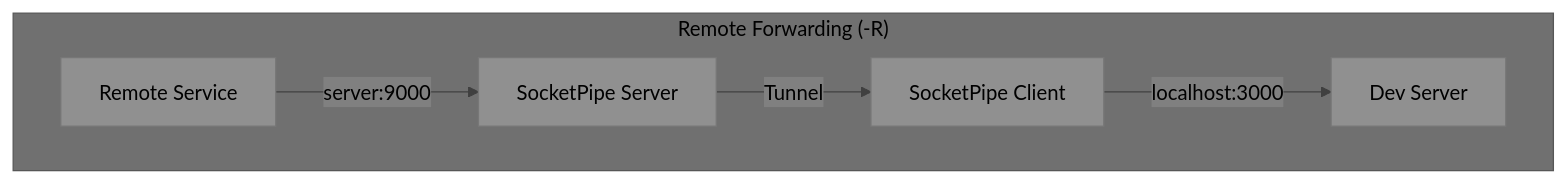
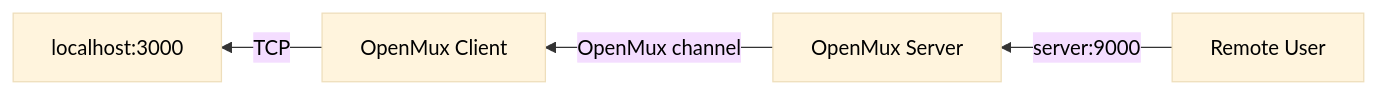
Before and after one commit to deftai/xumux: the third of 6 diagrams in docs/ext-port-forwarding.md, drawn with Mermaid. The commit also changed other lines of this file and 6 other files, not shown here.

````diff
--- a/docs/ext-port-forwarding.md
+++ b/docs/ext-port-forwarding.md
@@ -30,9 +47,7 @@
 ```mermaid
-%%{init: {'theme': 'base', 'themeVariables': {'primaryTextColor': '#000000', 'secondaryTextColor': '#000000', 'tertiaryTextColor': '#000000', 'primaryColor': '#909090', 'secondaryColor': '#808080', 'tertiaryColor': '#707070', 'lineColor': '#404040'}}}%%
-graph TB
-    subgraph "Remote Forwarding (-R)"
-        RS[Remote Service] -->|"server:9000"| RP[SocketPipe Server]
-        RP -->|"Tunnel"| RC[SocketPipe Client]
-        RC -->|"localhost:3000"| RD[Dev Server]
-    end
+%%{init: {'theme': 'base', 'themeVariables': {'primaryTextColor': '#000', 'lineColor': '#333'}}}%%
+graph RL
+    RU["Remote User"] -->|"server:9000"| OS["OpenMux Server"]
+    OS -->|"OpenMux channel"| OC["OpenMux Client"]
+    OC -->|"TCP"| DS["localhost:3000"]
 ```
````
